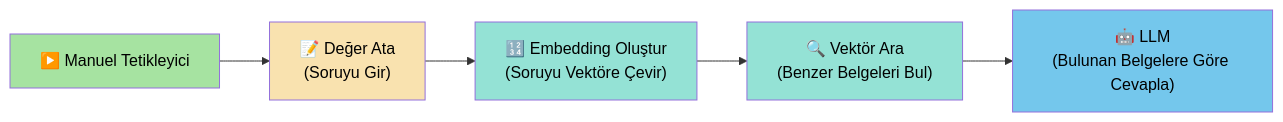
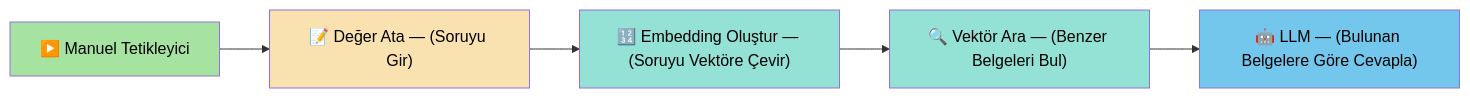
One commit to ahmetsarikaya0696/SonOfAnton changed the fifth of 6 diagrams in docs/KULLANIM REHBERİ.md. Above: the diagram before and after it, drawn with Mermaid. The commit also changed other lines of this file and 6 other files, not shown here.

````diff
--- a/docs/KULLANIM REHBERİ.md
+++ b/docs/KULLANIM REHBERİ.md
@@ -435,13 +441,13 @@
 ```mermaid
 graph LR
-    A["▶️ Manuel Tetikleyici"] --> B["📝 Değer Ata<br/>(Soruyu Gir)"]
-    B --> C["🔢 Embedding Oluştur<br/>(Soruyu Vektöre Çevir)"]
-    C --> D["🔍 Vektör Ara<br/>(Benzer Belgeleri Bul)"]
-    D --> E["🤖 LLM<br/>(Bulunan Belgelere Göre Cevapla)"]
+    A["▶️ Manuel Tetikleyici"] --> B["📝 Değer Ata — (Soruyu Gir)"]
+    B --> C["🔢 Embedding Oluştur — (Soruyu Vektöre Çevir)"]
+    C --> D["🔍 Vektör Ara — (Benzer Belgeleri Bul)"]
+    D --> E["🤖 LLM — (Bulunan Belgelere Göre Cevapla)"]
 
     style A fill:#a6e3a1,color:#000
     style B fill:#f9e2af,color:#000
     style C fill:#94e2d5,color:#000
     style D fill:#94e2d5,color:#000
     style E fill:#74c7ec,color:#000
 ```
````
